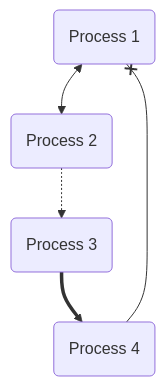
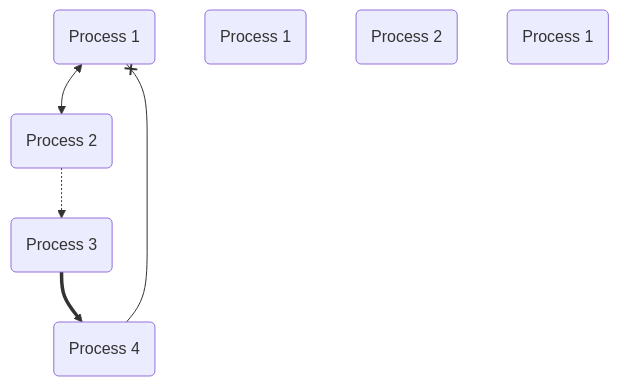
One commit to pingpm/mermaid_vault changed the diagram in mmd/123_04d97162-0453-404a-a3b5-2b88ef3dc39f.mmd. Above: the diagram before and after it, drawn with Mermaid. The commit also changed 3 other files, not shown here.

Commit message:
Sync Mermaid Studio data (26 diagrams)

```diff
--- a/mmd/123_04d97162-0453-404a-a3b5-2b88ef3dc39f.mmd
+++ b/mmd/123_04d97162-0453-404a-a3b5-2b88ef3dc39f.mmd
@@ -1,9 +1,12 @@
 flowchart TD
   n_0("Process 1")
   n_1("Process 2")
   n_2("Process 3")
   n_3("Process 4")
+  n_4("Process 1")
+  n_5("Process 2")
+  n_6("Process 1")
   n_0 <--> n_1
   n_1 -.-> n_2
   n_2 ==> n_3
   n_3 --x n_0
```
